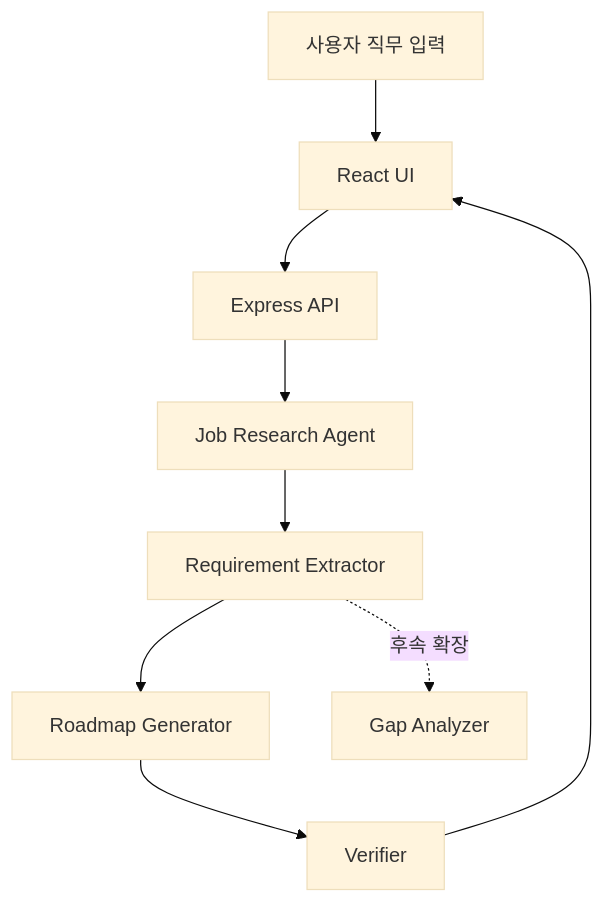
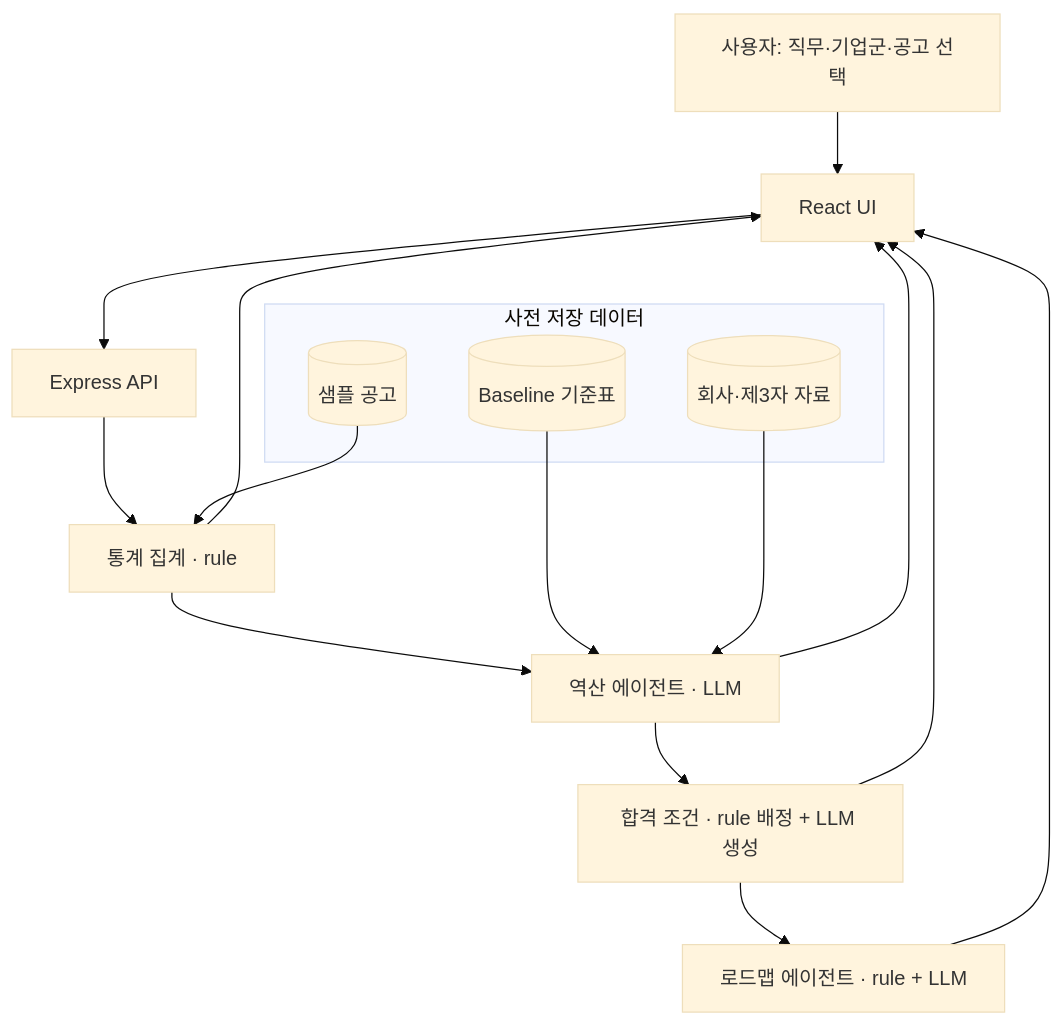
The second of 3 diagrams in docs/architecture.md (Mureung1/hub-showcase), drawn with Mermaid (base theme) before and after one commit. The commit also changed other lines of this file and 1 other file, not shown here.

Commit message:
docs: rework plan and architecture for backend-first reverse-engineering scope

````diff
--- a/docs/architecture.md
+++ b/docs/architecture.md
@@ -28,12 +34,21 @@
 ```mermaid
 flowchart TD
-    A[사용자 직무 입력] --> B[React UI]
-    B --> C[Express API]
-    C --> D[Job Research Agent]
-    D --> E[Requirement Extractor]
-    E --> F[Roadmap Generator]
-    F --> G[Verifier]
-    G --> B
-
-    E -. 후속 확장 .-> H[Gap Analyzer]
+    U[사용자: 직무·기업군·공고 선택] --> UI[React UI]
+    UI --> API[Express API]
+    subgraph 사전 저장 데이터
+      POST[(샘플 공고)]
+      BASE[(Baseline 기준표)]
+      REF[(회사·제3자 자료)]
+    end
+    API --> STAT[통계 집계 · rule]
+    POST --> STAT
+    STAT --> REV[역산 에이전트 · LLM]
+    BASE --> REV
+    REF --> REV
+    REV --> COND[합격 조건 · rule 배정 + LLM 생성]
+    COND --> ROAD[로드맵 에이전트 · rule + LLM]
+    STAT --> UI
+    REV --> UI
+    COND --> UI
+    ROAD --> UI
 ```
````
